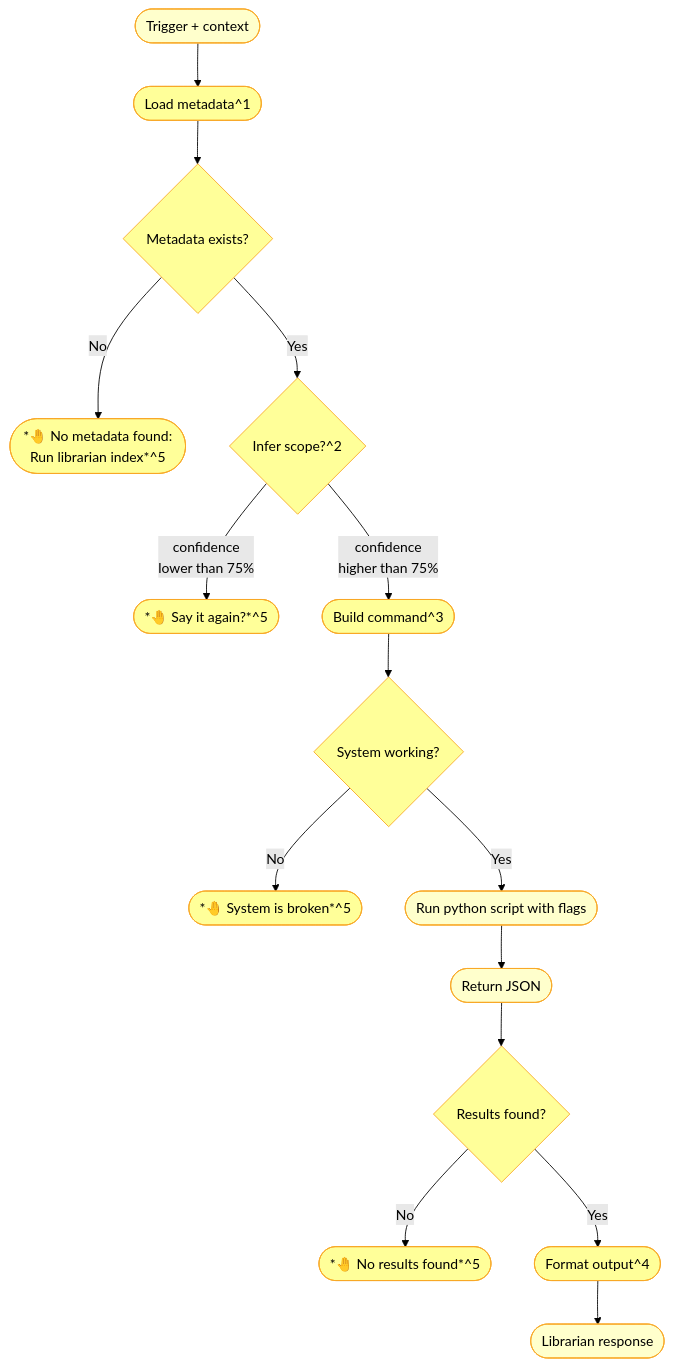
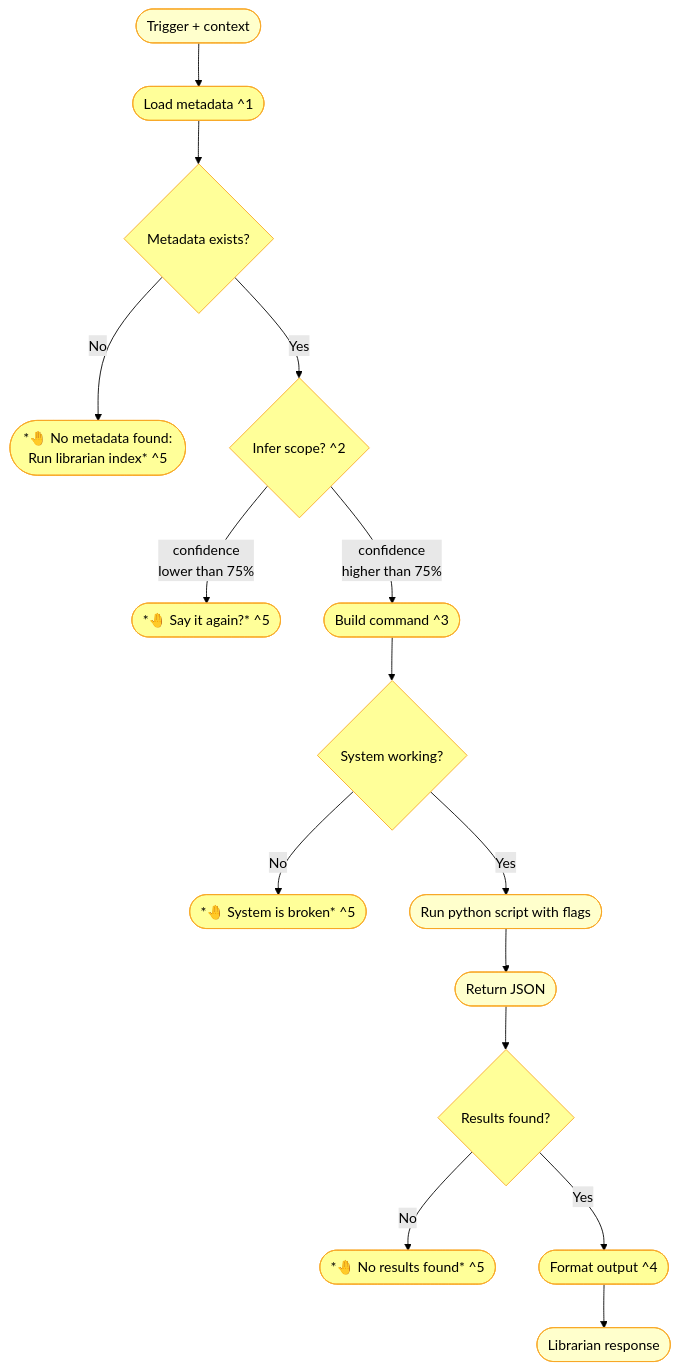
Before and after one commit to nonlinear/librarian: the diagram in backstage/epic-notes/v0.15.0-skill-protocol.md, drawn with Mermaid (forest theme).

Commit message:
arch: Space before ^n for markdown superscript

````diff
--- a/backstage/epic-notes/v0.15.0-skill-protocol.md
+++ b/backstage/epic-notes/v0.15.0-skill-protocol.md
@@ -3,41 +3,41 @@
 ```mermaid
 flowchart TB
     TRIGGER(["Trigger + context"])
-    TRIGGER --> METADATA(["Load metadata^1"])
+    TRIGGER --> METADATA(["Load metadata ^1"])
     METADATA --> CHECK{"Metadata exists?"}
     
-    CHECK -->|"No"| ERROR(["*🤚 No metadata found:<br>Run librarian index*^5"])
-    CHECK -->|"Yes"| INFER{"Infer scope?^2"}
+    CHECK -->|"No"| ERROR(["*🤚 No metadata found:<br>Run librarian index* ^5"])
+    CHECK -->|"Yes"| INFER{"Infer scope? ^2"}
     
-    INFER -->|"confidence<br>lower than 75%"| CLARIFY(["*🤚 Say it again?*^5"])
-    INFER -->|"confidence<br>higher than 75%"| BUILD(["Build command^3"])
+    INFER -->|"confidence<br>lower than 75%"| CLARIFY(["*🤚 Say it again?* ^5"])
+    INFER -->|"confidence<br>higher than 75%"| BUILD(["Build command ^3"])
     
     BUILD --> CHECK_SYSTEM{"System working?"}
     
-    CHECK_SYSTEM -->|"No"| BROKEN(["*🤚 System is broken*^5"])
+    CHECK_SYSTEM -->|"No"| BROKEN(["*🤚 System is broken* ^5"])
     CHECK_SYSTEM -->|"Yes"| EXEC(["Run python script with flags"])
     
     EXEC --> JSON(["Return JSON"])
     JSON --> CHECK_RESULTS{"Results found?"}
     
-    CHECK_RESULTS -->|"No"| EMPTY(["*🤚 No results found*^5"])
-    CHECK_RESULTS -->|"Yes"| FORMAT(["Format output^4"])
+    CHECK_RESULTS -->|"No"| EMPTY(["*🤚 No results found* ^5"])
+    CHECK_RESULTS -->|"Yes"| FORMAT(["Format output ^4"])
     
     FORMAT --> RESPONSE(["Librarian response"])
     
     style TRIGGER fill:#FFFFCC,stroke:#F9A825,color:#000
     style METADATA fill:#FFFF99,stroke:#F9A825,color:#000
     style INFER fill:#FFFF99,stroke:#F9A825,color:#000
     style CLARIFY fill:#FFFF99,stroke:#F9A825,color:#000
     style BUILD fill:#FFFF99,stroke:#F9A825,color:#000
     style EXEC fill:#FFFFCC,stroke:#F9A825,color:#000
     style JSON fill:#FFFFCC,stroke:#F9A825,color:#000
     style FORMAT fill:#FFFF99,stroke:#F9A825,color:#000
     style RESPONSE fill:#FFFFCC,stroke:#F9A825,color:#000
     style CHECK fill:#FFFF99,stroke:#F9A825,color:#000
     style ERROR fill:#FFFF99,stroke:#F9A825,color:#000
     style CHECK_SYSTEM fill:#FFFF99,stroke:#F9A825,color:#000
     style BROKEN fill:#FFFF99,stroke:#F9A825,color:#000
     style CHECK_RESULTS fill:#FFFF99,stroke:#F9A825,color:#000
     style EMPTY fill:#FFFF99,stroke:#F9A825,color:#000
 ```
````
